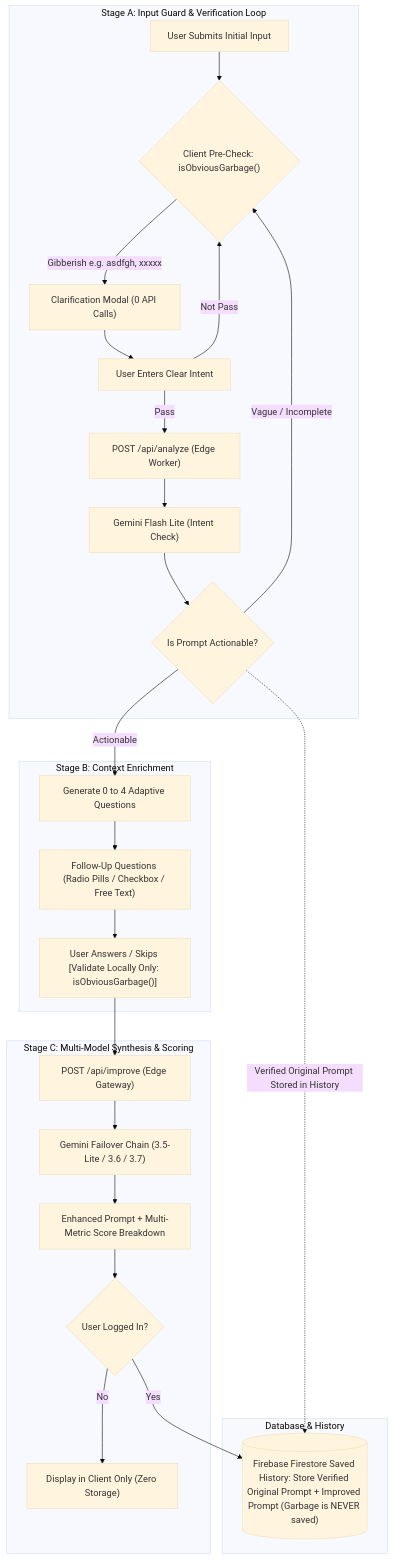
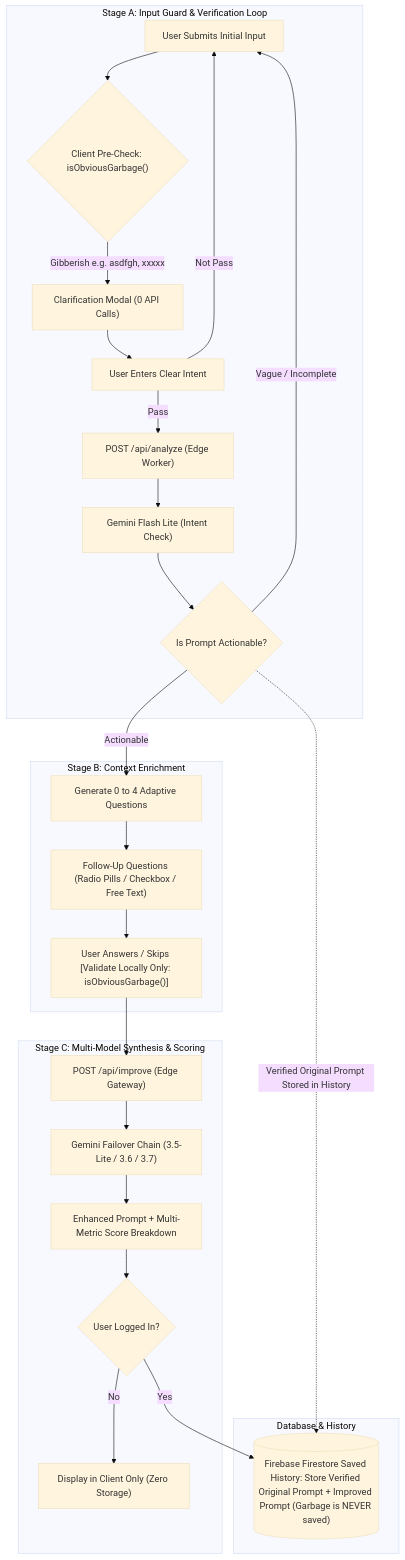
One commit to Naseem2917/PromptWise changed the diagram in README.md. Above: the diagram before and after it, drawn with Mermaid (base theme).

Commit message:
docs: update README flowchart fallback path to point to node A

````diff
--- a/README.md
+++ b/README.md
@@ -176,36 +176,36 @@
 ```mermaid
 graph TD
     subgraph StageA["Stage A: Input Guard & Verification Loop"]
         A["User Submits Initial Input"] --> B{"Client Pre-Check: isObviousGarbage()"}
         
         B -->|Gibberish e.g. asdfgh, xxxxx| C["Clarification Modal (0 API Calls)"]
         C --> D["User Enters Clear Intent"]
         
-        D -->|Not Pass| B
+        D -->|Not Pass| A
         D -->|Pass| E["POST /api/analyze (Edge Worker)"]
         
         E --> F["Gemini Flash Lite (Intent Check)"]
         F --> G{"Is Prompt Actionable?"}
         
-        G -->|Vague / Incomplete| B
+        G -->|Vague / Incomplete| A
     end
 
     subgraph StageB["Stage B: Context Enrichment"]
         G -->|Actionable| H["Generate 0 to 4 Adaptive Questions"]
         H --> I["Follow-Up Questions (Radio Pills / Checkbox / Free Text)"]
         I --> J["User Answers / Skips [Validate Locally Only: isObviousGarbage()]"]
     end
 
     subgraph StageC["Stage C: Multi-Model Synthesis & Scoring"]
         J --> K["POST /api/improve (Edge Gateway)"]
         K --> L["Gemini Failover Chain (3.5-Lite / 3.6 / 3.7)"]
         L --> M["Enhanced Prompt + Multi-Metric Score Breakdown"]
         M --> N{"User Logged In?"}
         N -->|No| O["Display in Client Only (Zero Storage)"]
     end
 
     subgraph Storage["Database & History"]
         G -.->|Verified Original Prompt Stored in History| P[("Firebase Firestore Saved History: Store Verified Original Prompt + Improved Prompt (Garbage is NEVER saved)")]
         N -->|Yes| P
     end
 ```
````
